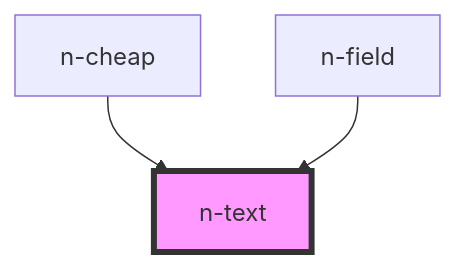
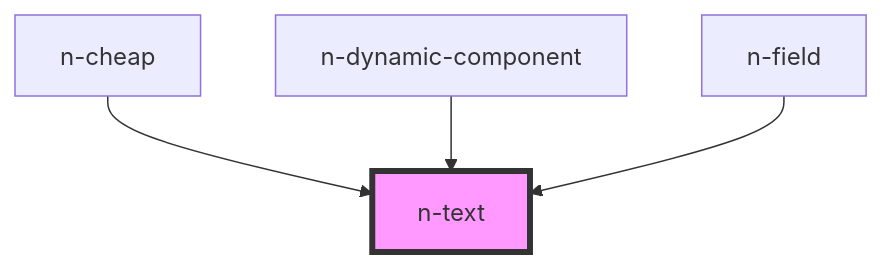
The diagram in src/components/typography/text/readme.md (mahdiyehnorouzi/nwb), drawn with Mermaid before and after one commit. The commit also changed other lines of this file and 22 other files, not shown here.

````diff
--- a/src/components/typography/text/readme.md
+++ b/src/components/typography/text/readme.md
@@ -25,6 +26,7 @@
 ```mermaid
 graph TD;
   n-cheap --> n-text
+  n-dynamic-component --> n-text
   n-field --> n-text
   style n-text fill:#f9f,stroke:#333,stroke-width:4px
 ```
````
